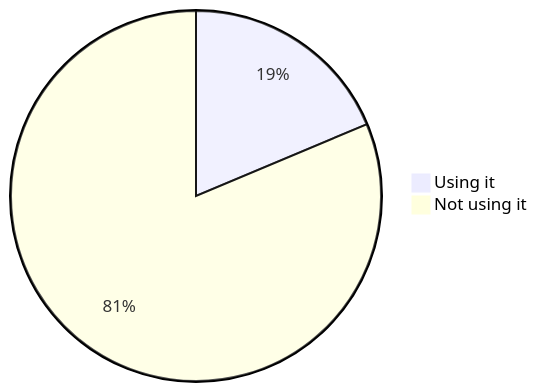
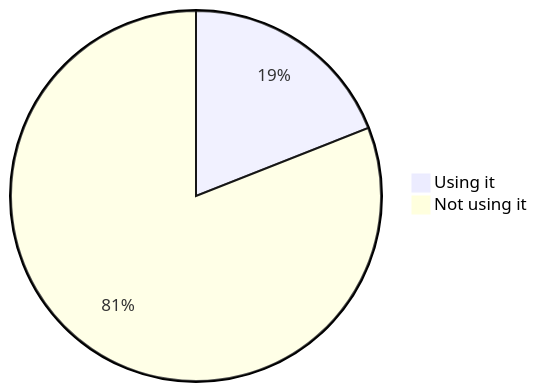
Before and after one commit to oshp/oshp-stats: diagram 15 of 22 in stats.md, drawn with Mermaid. The commit also changed other lines of this file, not shown here.

````diff
--- a/stats.md
+++ b/stats.md
@@ -178,6 +178,6 @@
 ```mermaid
 pie
-	"Using it" : 18.67
-	"Not using it" : 81.33
+	"Using it" : 19.01
+	"Not using it" : 80.99
 
 ```
````
